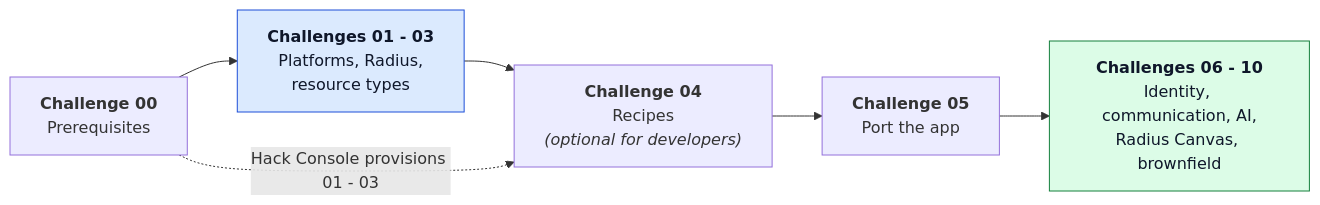
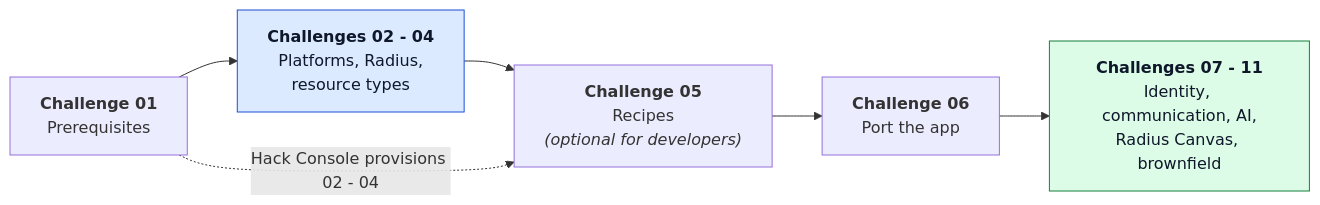
The third of 3 diagrams in 03-Azure/01-01-App Innovation/04-adaptive-apps/Readme.md (microsoft/MicroHack), drawn with Mermaid before and after one commit. The commit also changed other lines of this file and 30 other files, not shown here.

````diff
--- a/03-Azure/01-01-App Innovation/04-adaptive-apps/Readme.md
+++ b/03-Azure/01-01-App Innovation/04-adaptive-apps/Readme.md
@@ -117,16 +117,16 @@
 ```mermaid
 flowchart LR
-    C0["<b>Challenge 00</b><br/>Prerequisites"]
-    C13["<b>Challenges 01 - 03</b><br/>Platforms, Radius,<br/>resource types"]
-    C4["<b>Challenge 04</b><br/>Recipes<br/><i>(optional for developers)</i>"]
-    C5["<b>Challenge 05</b><br/>Port the app"]
-    C610["<b>Challenges 06 - 10</b><br/>Identity, communication, AI,<br/>Radius Canvas, brownfield"]
+    C1["<b>Challenge 01</b><br/>Prerequisites"]
+    C24["<b>Challenges 02 - 04</b><br/>Platforms, Radius,<br/>resource types"]
+    C5["<b>Challenge 05</b><br/>Recipes<br/><i>(optional for developers)</i>"]
+    C6["<b>Challenge 06</b><br/>Port the app"]
+    C711["<b>Challenges 07 - 11</b><br/>Identity, communication, AI,<br/>Radius Canvas, brownfield"]
 
-    C0 --> C13 --> C4 --> C5 --> C610
-    C0 -. "Hack Console provisions 01 - 03" .-> C4
+    C1 --> C24 --> C5 --> C6 --> C711
+    C1 -. "Hack Console provisions 02 - 04" .-> C5
 
     classDef platform fill:#dbeafe,stroke:#1d4ed8,color:#0f172a
     classDef developer fill:#dcfce7,stroke:#15803d,color:#0f172a
-    class C13 platform
-    class C610 developer
+    class C24 platform
+    class C711 developer
 ```
````
